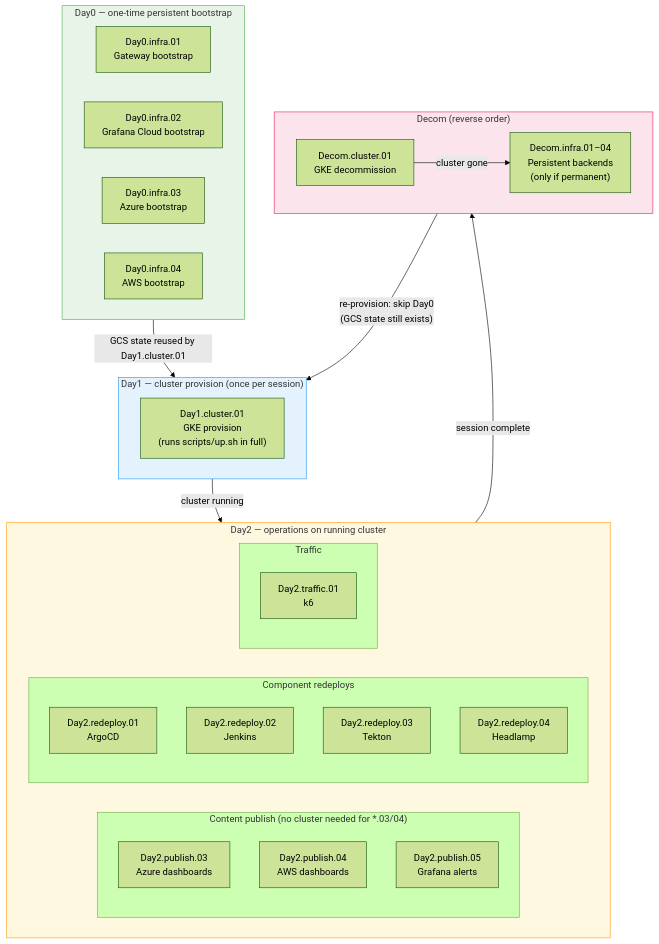
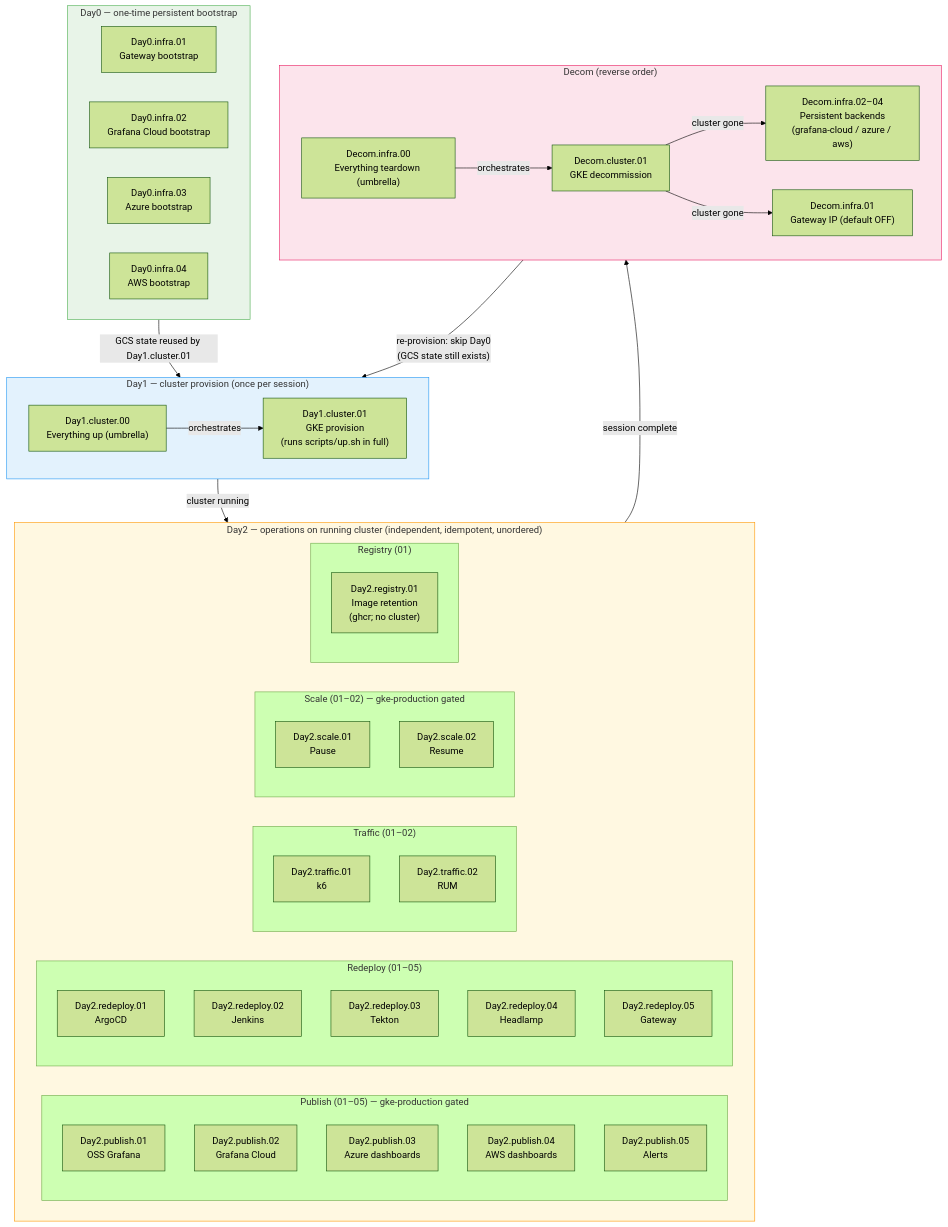
Before and after one commit to nubenetes/jenkins-2026: the seventh of 10 diagrams in docs/101-GITHUB_ACTIONS_WORKFLOWS.md, drawn with Mermaid (forest theme). The commit also changed other lines of this file, not shown here.

First line of the commit message:
docs(101): audit + fix all 6 Mermaid diagrams and add 4 new collapsible ones

````diff
--- a/docs/101-GITHUB_ACTIONS_WORKFLOWS.md
+++ b/docs/101-GITHUB_ACTIONS_WORKFLOWS.md
@@ -377,49 +495,67 @@
 ```mermaid
 flowchart TD
     subgraph D0["Day0 — one-time persistent bootstrap"]
         direction LR
-        w0101["Day0.infra.01\nGateway bootstrap"]
-        w0102["Day0.infra.02\nGrafana Cloud bootstrap"]
-        w0103["Day0.infra.03\nAzure bootstrap"]
-        w0104["Day0.infra.04\nAWS bootstrap"]
+        w0101["Day0.infra.01<br/>Gateway bootstrap"]
+        w0102["Day0.infra.02<br/>Grafana Cloud bootstrap"]
+        w0103["Day0.infra.03<br/>Azure bootstrap"]
+        w0104["Day0.infra.04<br/>AWS bootstrap"]
     end
 
     subgraph D1["Day1 — cluster provision (once per session)"]
-        w0201["Day1.cluster.01\nGKE provision\n(runs scripts/up.sh in full)"]
+        direction LR
+        w0200["Day1.cluster.00<br/>Everything up (umbrella)"]
+        w0201["Day1.cluster.01<br/>GKE provision<br/>(runs scripts/up.sh in full)"]
+        w0200 -->|"orchestrates"| w0201
     end
 
-    subgraph D2["Day2 — operations on running cluster"]
+    subgraph D2["Day2 — operations on running cluster (independent, idempotent, unordered)"]
         direction LR
-        subgraph content["Content publish (no cluster needed for *.03/04)"]
-            w5103["Day2.publish.03\nAzure dashboards"]
-            w5104["Day2.publish.04\nAWS dashboards"]
-            w5105["Day2.publish.05\nGrafana alerts"]
+        subgraph publish["Publish (01–05) — gke-production gated"]
+            w5101["Day2.publish.01<br/>OSS Grafana"]
+            w5102["Day2.publish.02<br/>Grafana Cloud"]
+            w5103["Day2.publish.03<br/>Azure dashboards"]
+            w5104["Day2.publish.04<br/>AWS dashboards"]
+            w5105["Day2.publish.05<br/>Alerts"]
         end
-        subgraph redeploy["Component redeploys"]
-            w52ar["Day2.redeploy.01\nArgoCD"]
-            w5202["Day2.redeploy.02\nJenkins"]
-            w52tk2["Day2.redeploy.03\nTekton"]
-            w5203["Day2.redeploy.04\nHeadlamp"]
+        subgraph redeploy["Redeploy (01–05)"]
+            w52ar["Day2.redeploy.01<br/>ArgoCD"]
+            w5202["Day2.redeploy.02<br/>Jenkins"]
+            w52tk2["Day2.redeploy.03<br/>Tekton"]
+            w5203["Day2.redeploy.04<br/>Headlamp"]
+            w5205["Day2.redeploy.05<br/>Gateway"]
         end
-        subgraph sim["Traffic"]
-            w5901["Day2.traffic.01\nk6"]
+        subgraph traffic["Traffic (01–02)"]
+            w5901["Day2.traffic.01<br/>k6"]
+            w5902["Day2.traffic.02<br/>RUM"]
+        end
+        subgraph scale["Scale (01–02) — gke-production gated"]
+            w5301["Day2.scale.01<br/>Pause"]
+            w5302["Day2.scale.02<br/>Resume"]
+        end
+        subgraph registry["Registry (01)"]
+            w5401["Day2.registry.01<br/>Image retention<br/>(ghcr; no cluster)"]
         end
     end
 
     subgraph DECOM["Decom (reverse order)"]
         direction LR
-        w9101["Decom.cluster.01\nGKE decommission"]
-        w92xx["Decom.infra.01–04\nPersistent backends\n(only if permanent)"]
+        w9000["Decom.infra.00<br/>Everything teardown (umbrella)"]
+        w9101["Decom.cluster.01<br/>GKE decommission"]
+        w9201["Decom.infra.01<br/>Gateway IP (default OFF)"]
+        w92xx["Decom.infra.02–04<br/>Persistent backends<br/>(grafana-cloud / azure / aws)"]
+        w9000 -->|"orchestrates"| w9101
         w9101 -->|"cluster gone"| w92xx
+        w9101 -->|"cluster gone"| w9201
     end
 
     D0 -->|"GCS state reused by Day1.cluster.01"| D1
     D1 -->|"cluster running"| D2
     D2 -->|"session complete"| DECOM
-    DECOM -->|"re-provision: skip Day0\n(GCS state still exists)"| D1
+    DECOM -->|"re-provision: skip Day0<br/>(GCS state still exists)"| D1
 
     style D0 fill:#e8f4e8,stroke:#4caf50
     style D1 fill:#e3f2fd,stroke:#2196f3
     style D2 fill:#fff8e1,stroke:#ff9800
     style DECOM fill:#fce4ec,stroke:#e91e63
 ```
````
